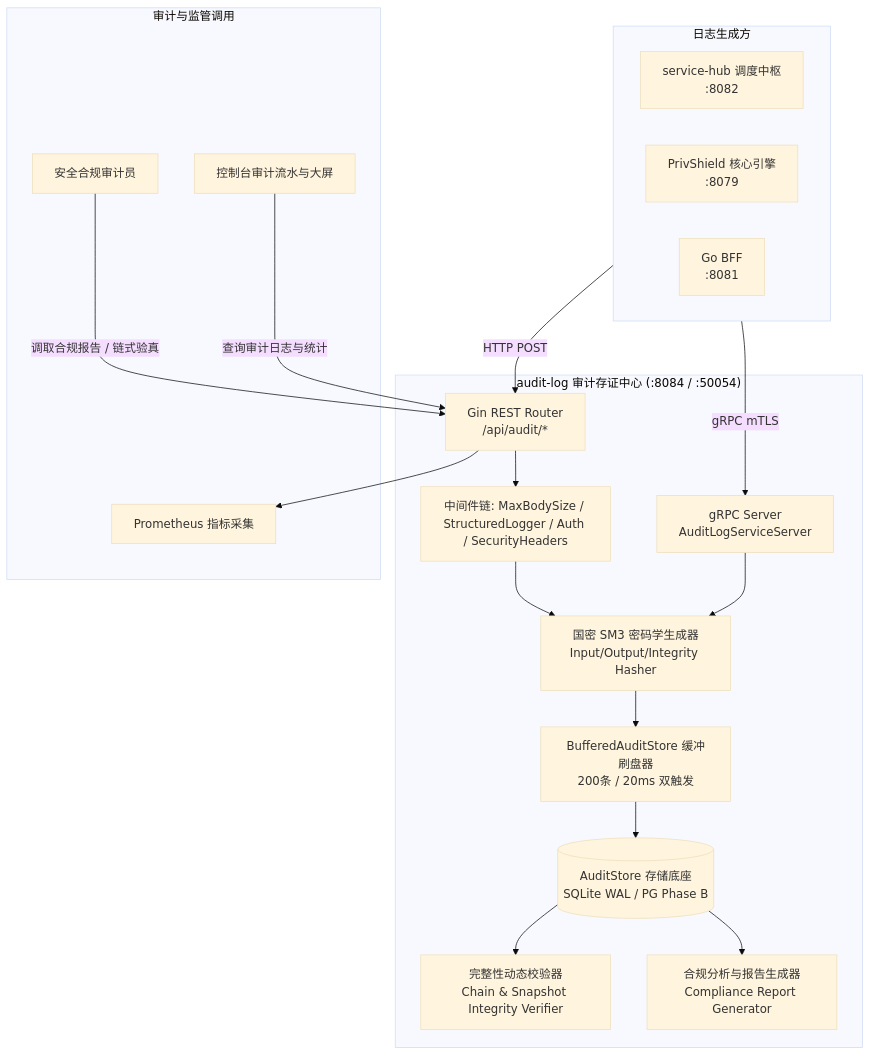
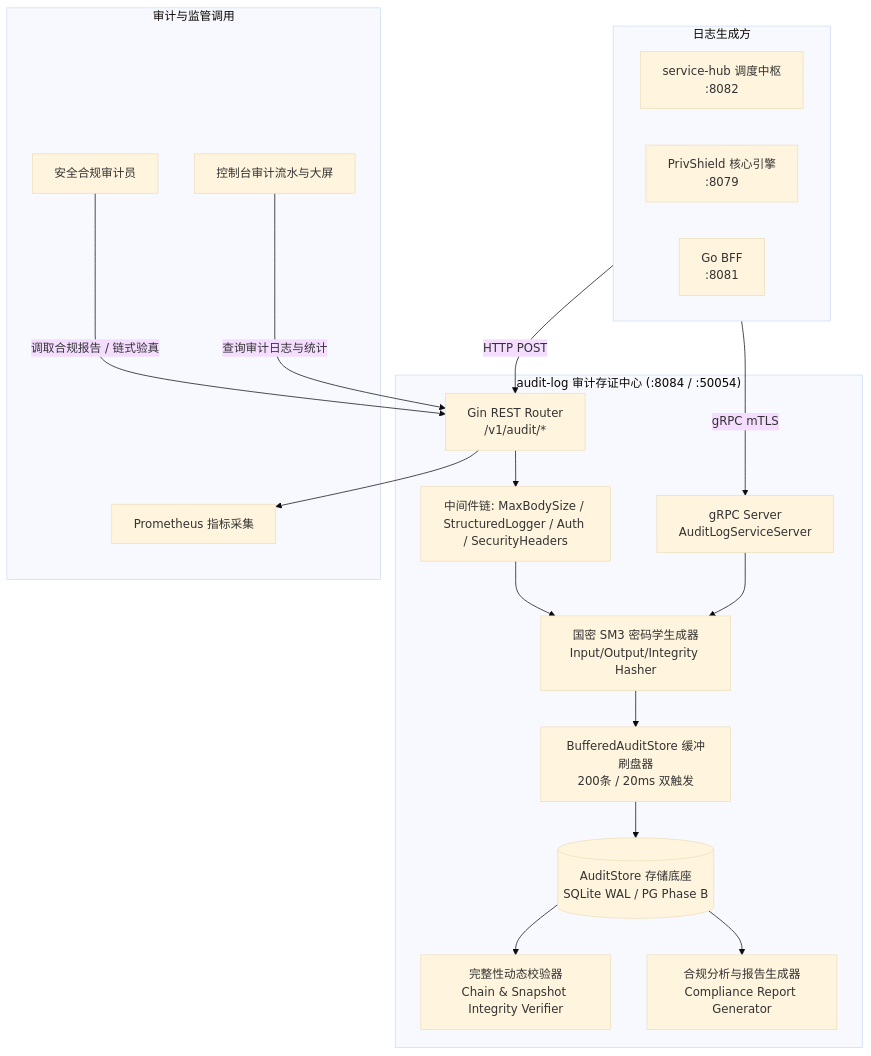
One commit to fengzhizi319/PrivShield-go changed the first of 3 diagrams in services/audit-log/docs/learning-guide.md. Above: the diagram before and after it, drawn with Mermaid (base theme). The commit also changed other lines of this file and 162 other files, not shown here.

First line of the commit message:
refactor(all): 全栈 REST 路由前缀统一为 /v1，移除 /api 段

````diff
--- a/services/audit-log/docs/learning-guide.md
+++ b/services/audit-log/docs/learning-guide.md
@@ -71,42 +71,42 @@
 ```mermaid
 flowchart TB
     subgraph Producers [日志生成方]
         ServiceHub[service-hub 调度中枢<br/>:8082]
         Agent[PrivShield 核心引擎<br/>:8079]
         BFF[Go BFF<br/>:8081]
     end
 
     subgraph AuditLogService ["audit-log 审计存证中心 (:8084 / :50054)"]
-        GinRouter[Gin REST Router<br/>/api/audit/*]
+        GinRouter[Gin REST Router<br/>/v1/audit/*]
         GRPCSrv[gRPC Server<br/>AuditLogServiceServer]
         MW[中间件链: MaxBodySize / StructuredLogger / Auth / SecurityHeaders]
         
         Hasher[国密 SM3 密码学生成器<br/>Input/Output/Integrity Hasher]
         Flusher[BufferedAuditStore 缓冲刷盘器<br/>200条 / 20ms 双触发]
         Verifier[完整性动态校验器<br/>Chain & Snapshot Integrity Verifier]
         Reporter[合规分析与报告生成器<br/>Compliance Report Generator]
         
         AuditStore[(AuditStore 存储底座<br/>SQLite WAL / PG Phase B)]
     end
 
     subgraph Consumers [审计与监管调用]
         Auditor[安全合规审计员]
         WebUI[控制台审计流水与大屏]
         Prometheus[Prometheus 指标采集]
     end
 
     Producers -->|HTTP POST| GinRouter
     Producers -->|gRPC mTLS| GRPCSrv
 
     GinRouter --> MW --> Hasher
     GRPCSrv --> Hasher
 
     Hasher --> Flusher
     Flusher --> AuditStore
     AuditStore --> Verifier
     AuditStore --> Reporter
 
     Auditor -->|调取合规报告 / 链式验真| GinRouter
     WebUI -->|查询审计日志与统计| GinRouter
     GinRouter --> Prometheus
 ```
````
